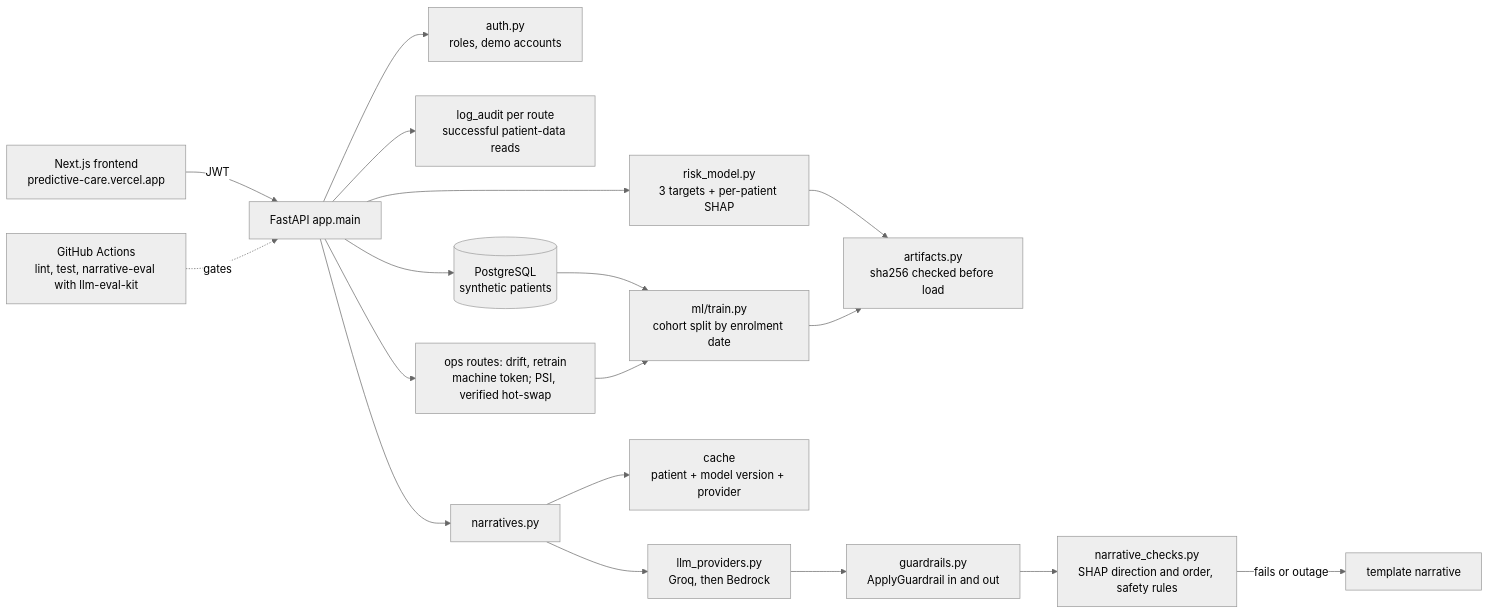
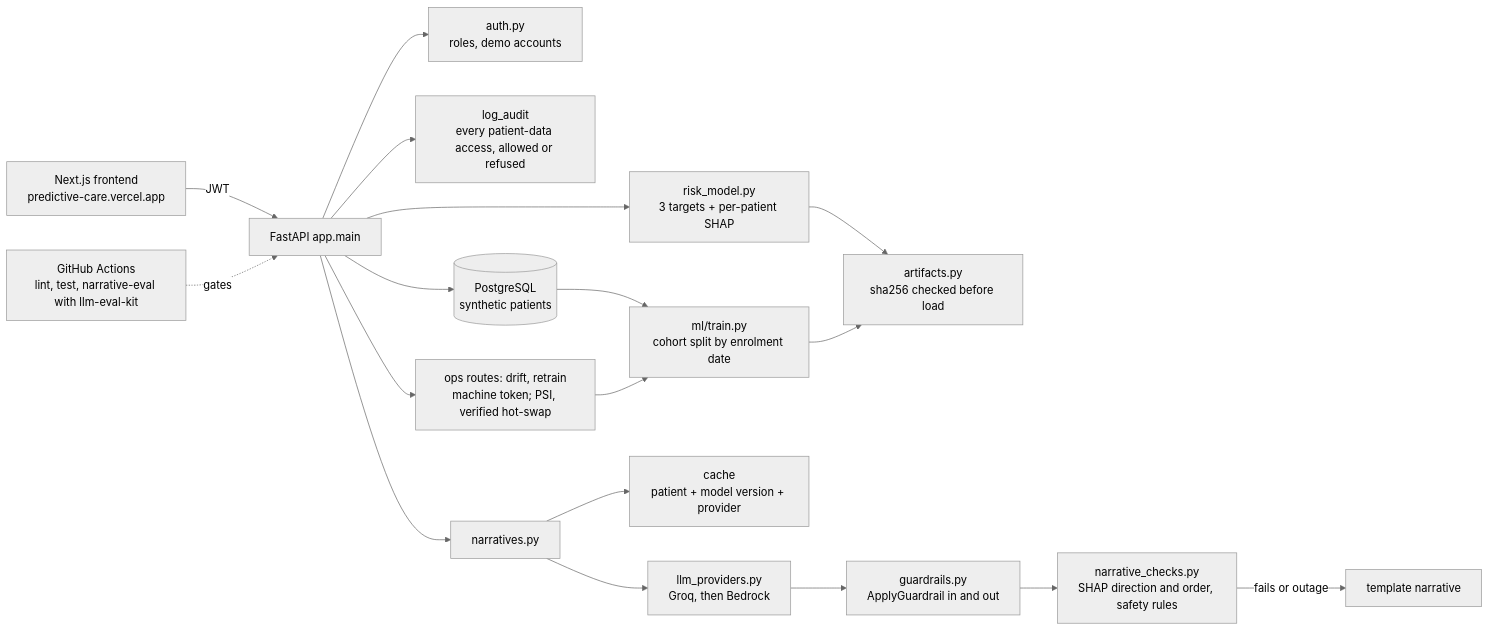
One commit to SushantTusharJoshi/predictive-care changed the diagram in README.md. Above: the diagram before and after it, drawn with Mermaid (neutral theme). The commit also changed other lines of this file and 5 other files, not shown here.

First line of the commit message:
fix: audit every patient-data access, allowed or refused; action permissions on write routes

````diff
--- a/README.md
+++ b/README.md
@@ -16,20 +16,20 @@
 ```mermaid
 flowchart LR
   UI["Next.js frontend<br/>predictive-care.vercel.app"] -->|JWT| API["FastAPI app.main"]
   API --> AUTH["auth.py<br/>roles, demo accounts"]
-  API --> AUDIT["log_audit per route<br/>successful patient-data reads"]
+  API --> AUDIT["log_audit<br/>every patient-data access, allowed or refused"]
   API --> DB[("PostgreSQL<br/>synthetic patients")]
   API --> RISK["risk_model.py<br/>3 targets + per-patient SHAP"]
   RISK --> ART["artifacts.py<br/>sha256 checked before load"]
   TRAIN["ml/train.py<br/>cohort split by enrolment date"] --> ART
   DB --> TRAIN
   API --> NAR["narratives.py"]
   NAR --> CACHE["cache<br/>patient + model version + provider"]
   NAR --> PROV["llm_providers.py<br/>Groq, then Bedrock"]
   PROV --> GR["guardrails.py<br/>ApplyGuardrail in and out"]
   GR --> CHK["narrative_checks.py<br/>SHAP direction and order, safety rules"]
   CHK -->|fails or outage| TPL["template narrative"]
   CI["GitHub Actions<br/>lint, test, narrative-eval with llm-eval-kit"] -.gates.-> API
   API --> OPS["ops routes: drift, retrain<br/>machine token; PSI, verified hot-swap"]
   OPS --> TRAIN
 ```
````
